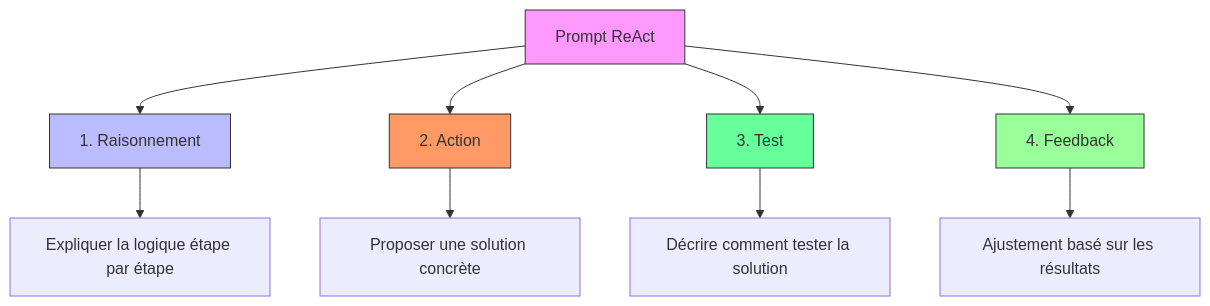
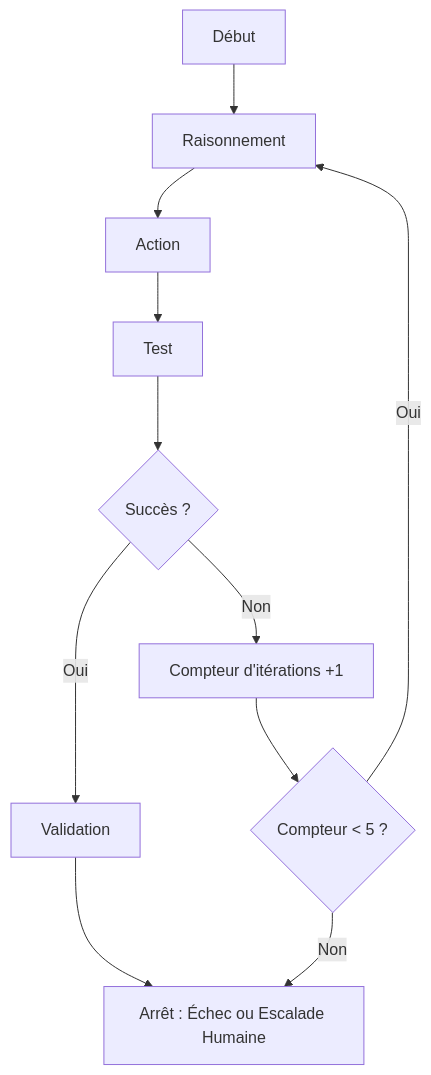
The third of 4 diagrams in doc/Agentic_Approach.md (xwarzee/uav_in_rust), drawn with Mermaid before and after one commit. The commit also changed other lines of this file, not shown here.

````diff
--- a/doc/Agentic_Approach.md
+++ b/doc/Agentic_Approach.md
@@ -284,18 +108,14 @@
 ```mermaid
-%% Diagramme : Structure d'un prompt ReAct
+%% Diagramme : Boucle ReAct structurée
 flowchart TD
-    A[Prompt ReAct] --> B[1. Raisonnement]
-    A --> C[2. Action]
-    A --> D[3. Test]
-    A --> E[4. Feedback]
-    B --> F[Expliquer la logique étape par étape]
-    C --> G[Proposer une solution concrète]
-    D --> H[Décrire comment tester la solution]
-    E --> I[Ajustement basé sur les résultats]
-    
-    style A fill:#f9f,stroke:#333
-    style B fill:#bbf,stroke:#333
-    style C fill:#f96,stroke:#333
-    style D fill:#6f9,stroke:#333
-    style E fill:#9f9,stroke:#333
+    A[Début] --> B[Raisonnement]
+    B --> C[Action]
+    C --> D[Test]
+    D --> E{Succès ?}
+    E -->|Oui| F[Validation]
+    E -->|Non| G[Compteur d'itérations +1]
+    G --> H{Compteur < 5 ?}
+    H -->|Oui| B
+    H -->|Non| I[Arrêt : Échec ou Escalade Humaine]
+    F --> I
 ```
````
